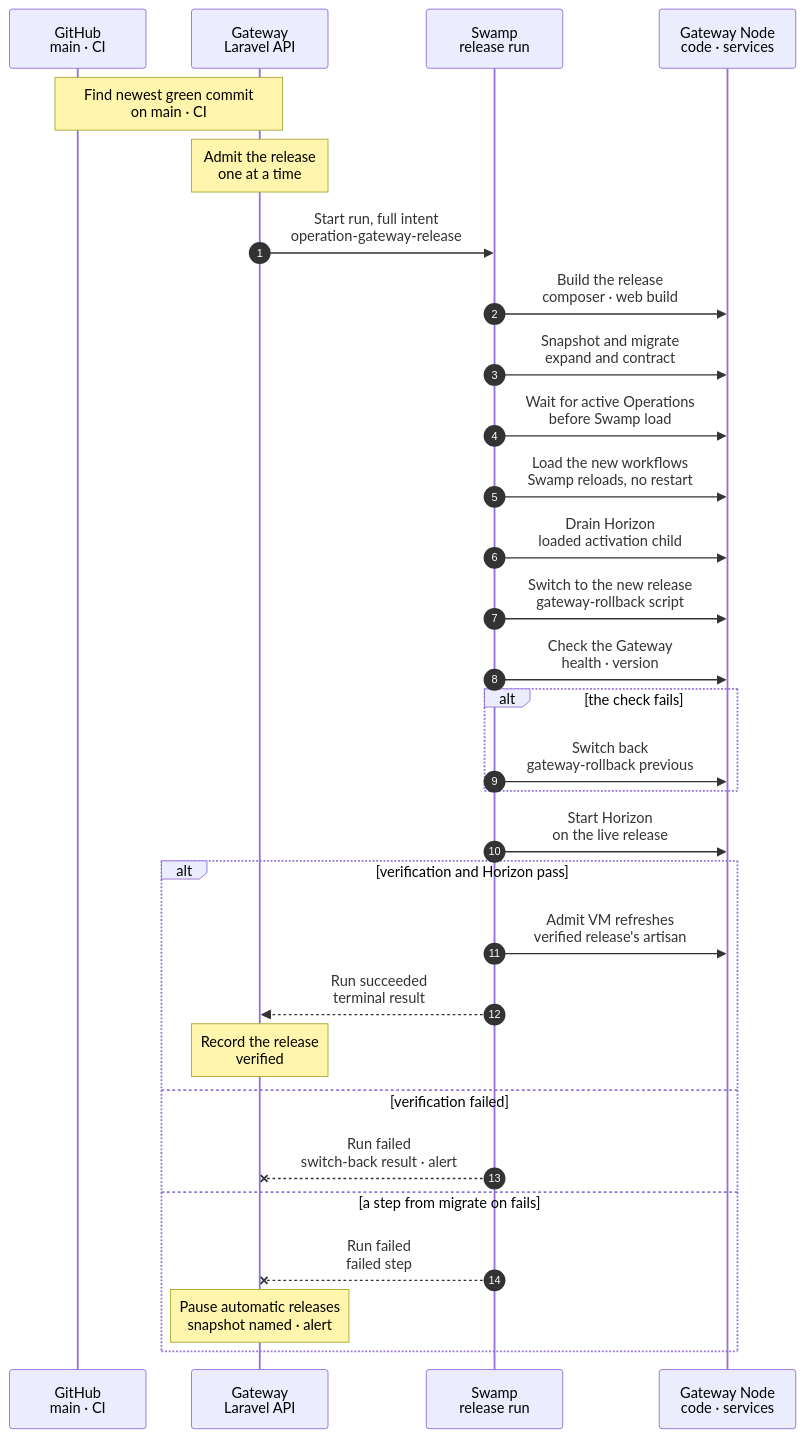
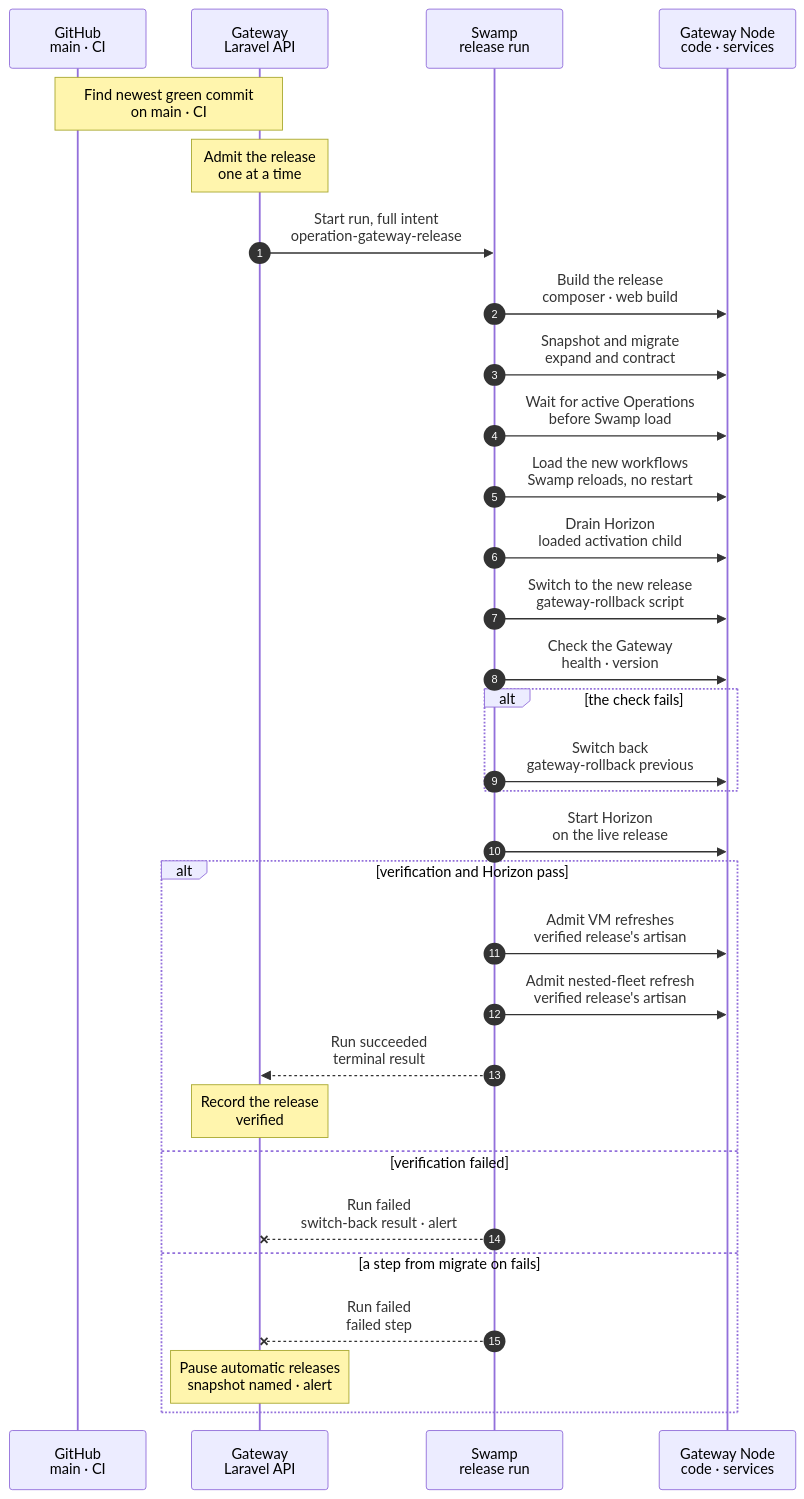
One commit to hardimpactdev/orbit changed the diagram in docs/reference/pipeline/5-automatic-release.mmd. Above: the diagram before and after it, drawn with Mermaid. The commit also changed 27 other files, not shown here.

First line of the commit message:
feat(instances): refresh the nested-fleet default after each release

```diff
--- a/docs/reference/pipeline/5-automatic-release.mmd
+++ b/docs/reference/pipeline/5-automatic-release.mmd
@@ -1,87 +1,88 @@
 sequenceDiagram
   %% Target design: stage 5 of the command development pipeline (feature-flow section 6, gateway-recovery "Automatic releases"). A merged green commit gets an automatic Swamp release run when automatic releases are enabled and unpaused; a failed check switches back. The steps of the run itself are in the chart gateway:release:deploy. No fleet test follows a release.
   %% status: draft
   %% command: development pipeline stage 5 · automatic Swamp release
   %% kind: pipeline.5-automatic-release
   autonumber
   %% lane GH icon=server pill=CI tone=blue
   %% lane GW icon=gateway pill=intent tone=blue
   %% lane SW icon=workflow pill=executes tone=green
   %% lane GN icon=server pill=target tone=amber
   participant GH as GitHub<br/>main · CI
   participant GW as Gateway<br/>Laravel API
   participant SW as Swamp<br/>release run
   participant GN as Gateway Node<br/>code · services
   Note over GW,GH: Find newest green commit<br/>on main · CI
   %%> Built:
   %%> - the Gateway looks every five minutes while automatic releases are on, and reads CI through its GitHub App; the merges of those five minutes go out in one release of the newest green commit
   %%> What it accepts:
   %%> - a run of `ci.yml` on `main`, with `Main delivery checks`, its main `Required checks` result and `Gateway release inputs` green; duplicate main fixtures and Main full set report independently and never block delivery
   %%> - a run from a fork, a PR or another workflow does not count
   Note over GW: Admit the release<br/>one at a time
   %%> Requirements:
   %%> - no other release queued or running, and automatic releases not paused
   %%> - the agent pin passes its Sigstore check; CI published the web build
   %%> Why:
   %%> - several merges can land during a release; the next run takes only the newest commit
   %%> Result:
   %%> - a running release record; the pin, artifact and targets are frozen as inputs
   GW->>SW: Start run, full intent<br/>operation-gateway-release
   %%> Why:
   %%> - the Gateway records intent only; Swamp executes. Detail of every step: chart `gateway:release:deploy`
   SW->>GN: Build the release<br/>composer · web build
   %%> What it does:
   %%> - refuses a commit that does not descend from the current release
   %%> - installs dependencies and the web build, and seals the release
   SW->>GN: Snapshot and migrate<br/>expand and contract
   %%> What it does:
   %%> - writes a database snapshot, then migrates while the old release still serves
   %%> - old code must work with the new schema
   SW->>GN: Wait for active Operations<br/>before Swamp load
   %%> What it does:
   %%> - checks release-blocking Operations while the old release and Horizon serve; force does not bypass it
   %%> - a busy timeout refuses with `gateway.release_busy`; no Swamp load or activation follows
   SW->>GN: Load the new workflows<br/>Swamp reloads, no restart
   %%> Why:
   %%> - the switch then runs the new commit's own steps
   SW->>GN: Drain Horizon<br/>loaded activation child
   %%> On failure:
   %%> - no switch follows a failed drain; Start Horizon still runs
   SW->>GN: Switch to the new release<br/>gateway-rollback script
   %%> What it does:
   %%> - switches the links, reloads PHP-FPM, restarts the running services; a failed switch still reaches Start Horizon
   SW->>GN: Check the Gateway<br/>health · version
   %%> What it does:
   %%> - reads the health endpoint and the status version of the Gateway
   alt the check fails
     SW->>GN: Switch back<br/>gateway-rollback previous
     %%> What it does:
     %%> - returns to the previous release without Swamp; a failed switch-back reports its own error
   end
   SW->>GN: Start Horizon<br/>on the live release
   %%> What it does:
   %%> - always runs after activation paths, including failed drain, switch, verification or switch-back; skips only when no Horizon unit is configured
   %%> - a failed start admits no refresh
   alt verification and Horizon pass
     SW->>GN: Admit VM refreshes<br/>verified release's artisan
     %%> What it does:
     %%> - also permits a skipped Horizon start; admission is best effort and never waits for refresh completion (stage 6)
-    %%> Planned:
-    %%> - also admits the refresh of the nested-fleet default on each switched-on Node; the task VM refresh admission goes when the last proof runs in containers
+    SW->>GN: Admit nested-fleet refresh<br/>verified release's artisan
+    %%> What it does:
+    %%> - admits the deployment of each nested-fleet default to the release commit, best effort; with none it admits nothing (stage 6)
     SW-->>GW: Run succeeded<br/>terminal result
     Note over GW: Record the release<br/>verified
     %%> Result:
     %%> - the Gateway admits the [Fleet rollout](/reference/gateway-recovery#fleet-rollout), and a daily pass at 03:05 Amsterdam visits the Nodes it deferred
-    %%> - no fleet test follows a release; development defaults are not deployed by it, except the planned refresh of the nested-fleet default (stage 6)
+    %%> - no fleet test follows a release; development defaults are not deployed by it, except the refresh of the nested-fleet default (stage 6)
   else verification failed
     SW--xGW: Run failed<br/>switch-back result · alert
     %%> Result:
     %%> - the Gateway records the failed verification and switch-back outcome; no refresh is admitted
   else a step from migrate on fails
     SW--xGW: Run failed<br/>failed step
     %%> On failure:
     %%> - from migrate on, the old release may be live with a changed schema, so the run stops and names the snapshot
     Note over GW: Pause automatic releases<br/>snapshot named · alert
     %%> Result:
     %%> - restoring the snapshot is an operator action; `gateway:auto-release:resume` clears the pause
   end
```
